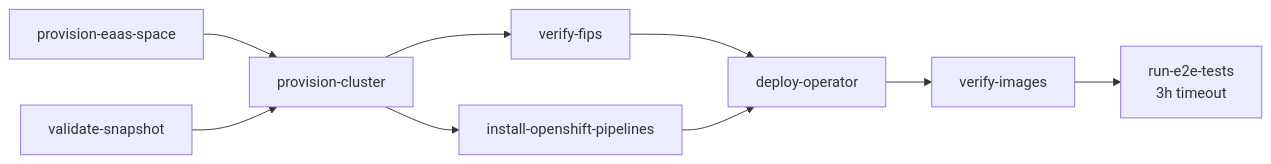
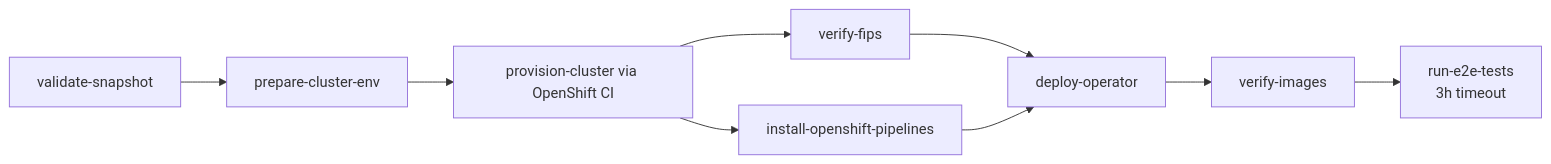
Before and after one commit to redhat-openshift-builds/test: the diagram in README.md, drawn with Mermaid. The commit also changed other lines of this file and 10 other files, not shown here.

First line of the commit message:
KFLUXVNGD-1390: Migrate e2e provisioning to OpenShift CI

````diff
--- a/README.md
+++ b/README.md
@@ -22,11 +34,11 @@
 ```mermaid
 graph LR
-    A[provision-eaas-space] --> C[provision-cluster]
-    B[validate-snapshot] --> C
+    A[validate-snapshot] --> B[prepare-cluster-env]
+    B --> C[provision-cluster via OpenShift CI]
     C --> D[verify-fips]
     C --> E[install-openshift-pipelines]
     D --> F[deploy-operator]
     E --> F
     F --> G[verify-images]
     G --> H[run-e2e-tests\n3h timeout]
 ```
````
